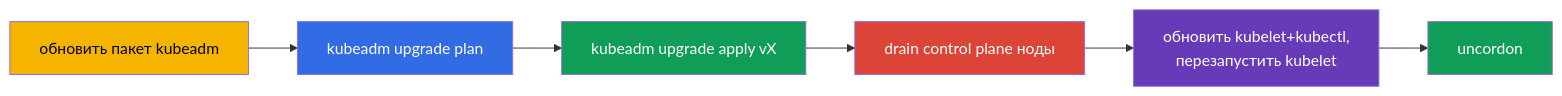
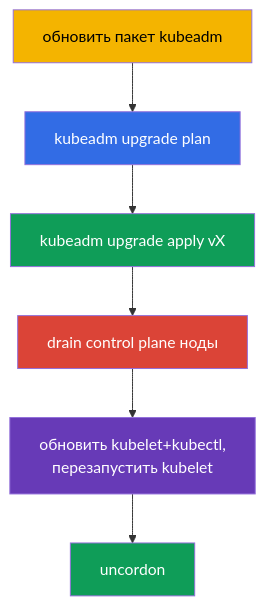
One commit to ViktorUJ/cks changed the fifth of 8 diagrams in tasks/cka/course/36/ru.md. Above: the diagram before and after it, drawn with Mermaid. The commit also changed other lines of this file and 30 other files, not shown here.

````diff
--- a/tasks/cka/course/36/ru.md
+++ b/tasks/cka/course/36/ru.md
@@ -144,10 +144,14 @@
 ```mermaid
-flowchart LR
-    s1["обновить пакет kubeadm"] --> s2["kubeadm upgrade plan"] --> s3["kubeadm upgrade apply vX"] --> s4["drain control plane ноды"] --> s5["обновить kubelet+kubectl,<br>перезапустить kubelet"] --> s6["uncordon"]
+flowchart TB
+    s1["обновить пакет kubeadm"] --> s2["kubeadm upgrade plan"]
+    s2 --> s3["kubeadm upgrade apply vX"]
+    s3 --> s4["drain control plane ноды"]
+    s4 --> s5["обновить kubelet+kubectl,<br>перезапустить kubelet"]
+    s5 --> s6["uncordon"]
     style s1 fill:#f4b400,color:#000
     style s2 fill:#326ce5,color:#fff
     style s3 fill:#0f9d58,color:#fff
     style s4 fill:#db4437,color:#fff
     style s5 fill:#673ab7,color:#fff
     style s6 fill:#0f9d58,color:#fff
 ```
````
